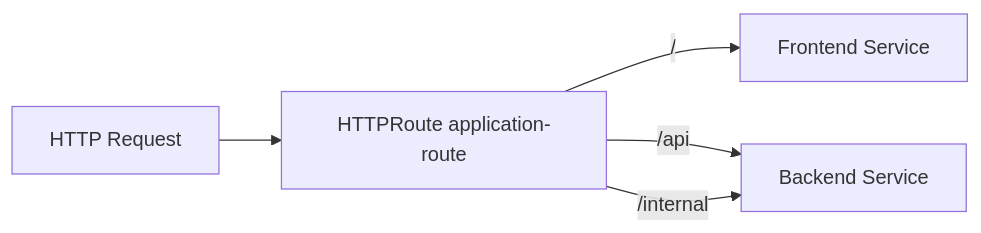
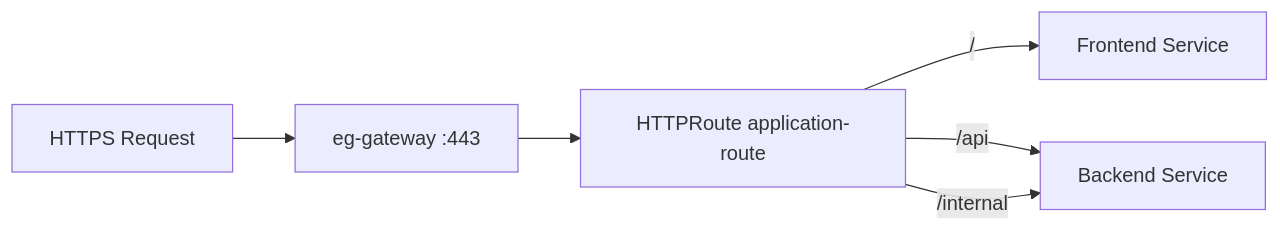
One commit to ahmed-sayed-devops/microservices-platform-gitops changed the eighth of 18 diagrams in docs/03-gateway-api/README.md. Above: the diagram before and after it, drawn with Mermaid. The commit also changed other lines of this file, not shown here.

Commit message:
docs: update Gateway API documentation with TLS

````diff
--- a/docs/03-gateway-api/README.md
+++ b/docs/03-gateway-api/README.md
@@ -384,12 +531,14 @@
 ```mermaid
 graph LR
-    Request[HTTP Request]
+    Request[HTTPS Request]
+    Gateway[eg-gateway :443]
     Route[HTTPRoute application-route]
     Frontend[Frontend Service]
     Backend[Backend Service]
 
-    Request --> Route
+    Request --> Gateway
+    Gateway --> Route
     Route -->|/| Frontend
     Route -->|/api| Backend
     Route -->|/internal| Backend
 ```
````
